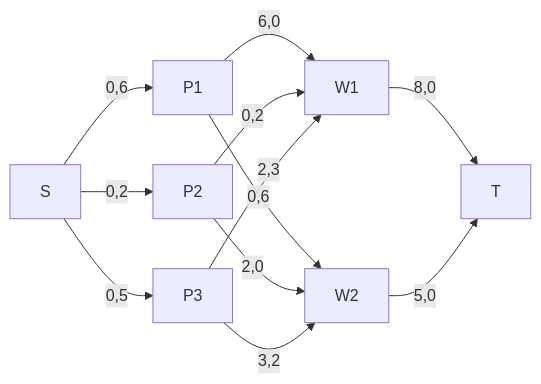
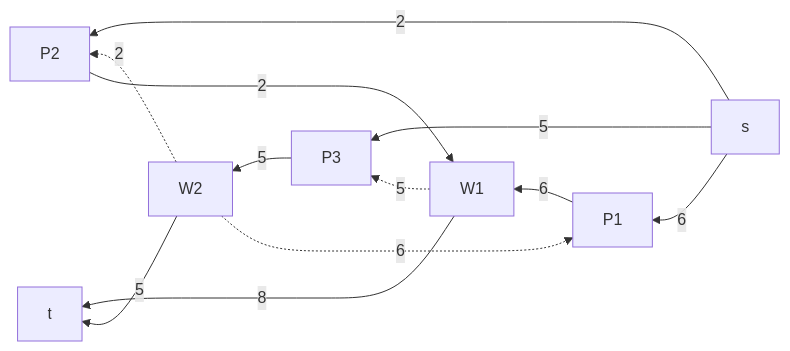
Before and after one commit to hse-algo-24-crow/manual-tasks-crow: the second of 6 diagrams in task-11/digital-racers-task-11+.md, drawn with Mermaid. The commit also changed other lines of this file, not shown here.

````diff
--- a/task-11/digital-racers-task-11+.md
+++ b/task-11/digital-racers-task-11+.md
@@ -91,14 +92,14 @@
 ```mermaid
-graph LR
-    S-->|0,6|P1
-    S-->|0,2|P2
-    S-->|0,5|P3
-    P1-->|6,0|W1
-    P1-->|0,6|W2
-    P2-->|0,2|W1
-    P2-->|2,0|W2
-    P3-->|2,3|W1
-    P3-->|3,2|W2
-    W1-->|8,0|T
-    W2-->|5,0|T
+graph RL
+    s-->|6|P1
+    s-->|2|P2
+    s-->|5|P3
+    P1-->|6|W1
+    W2-.->|6|P1
+    P2-->|2|W1
+    W2-.->|2|P2
+    W1-.->|5|P3
+    P3-->|5|W2
+    W1-->|8|t
+    W2-->|5|t
 ```
````
